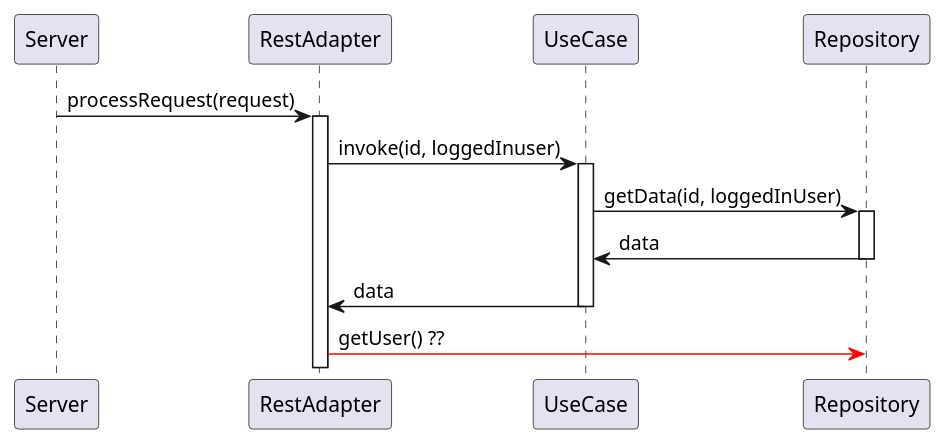
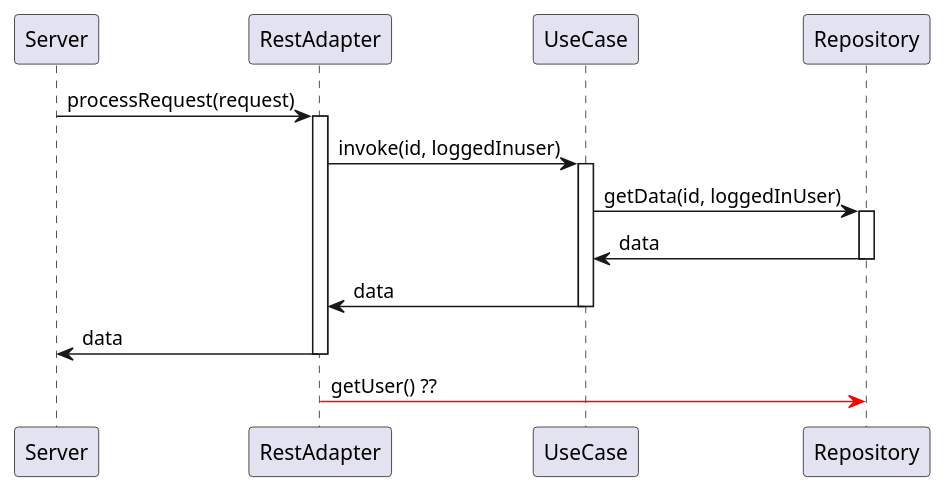
Before and after one commit to ERNICommunity/java-features: the diagram in src/main/java/ch/erni/javafeatures/scoped/values/ScopedValueSampleSequence.puml, drawn with PlantUML.

Commit message:
SequenzDiagramm sollte sauber sein

```diff
--- a/src/main/java/ch/erni/javafeatures/scoped/values/ScopedValueSampleSequence.puml
+++ b/src/main/java/ch/erni/javafeatures/scoped/values/ScopedValueSampleSequence.puml
@@ -1,16 +1,18 @@
 @startuml
 'https://plantuml.com/sequence-diagram
 
 Server -> RestAdapter: processRequest(request)
 activate RestAdapter
 RestAdapter -> UseCase: invoke(id, loggedInuser)
 activate UseCase
 UseCase -> Repository: getData(id, loggedInUser)
 activate Repository
 Repository -> UseCase: data
 deactivate Repository
 UseCase -> RestAdapter: data
 deactivate UseCase
+RestAdapter -> Server: data
+deactivate RestAdapter
 
 RestAdapter -[#red]> Repository: getUser() ??
 @enduml
```
